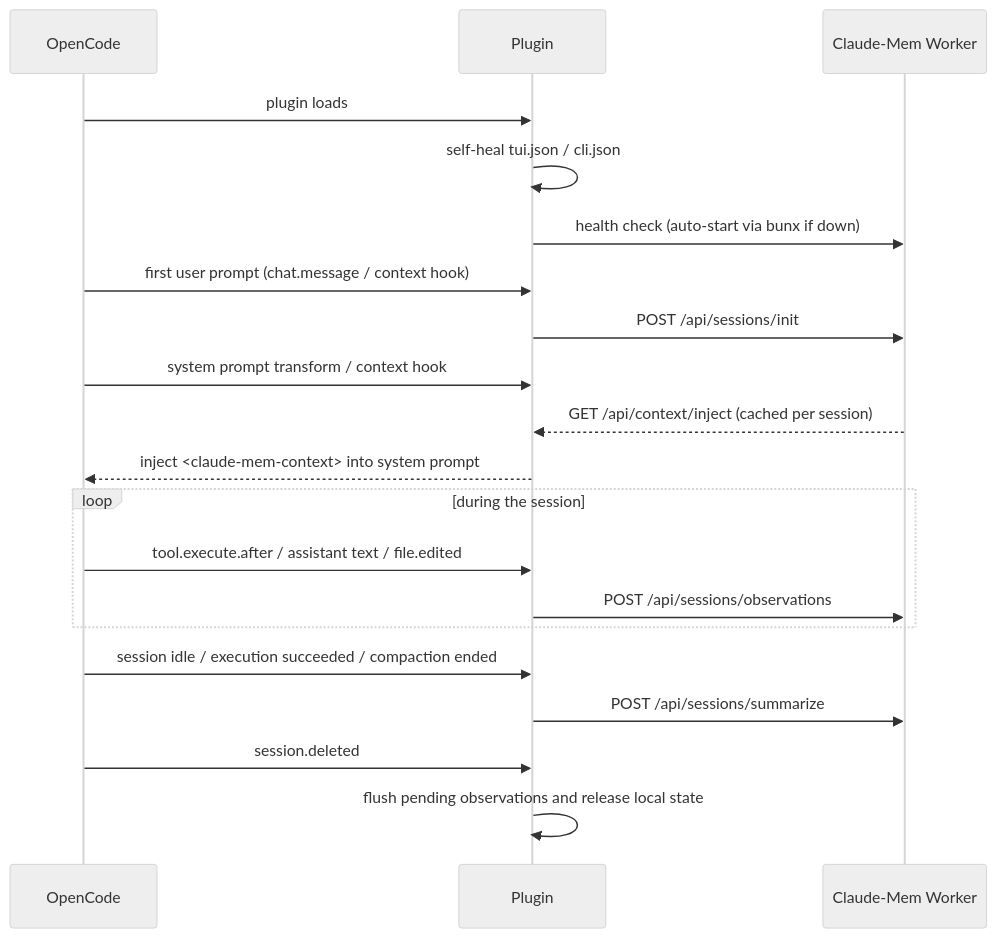
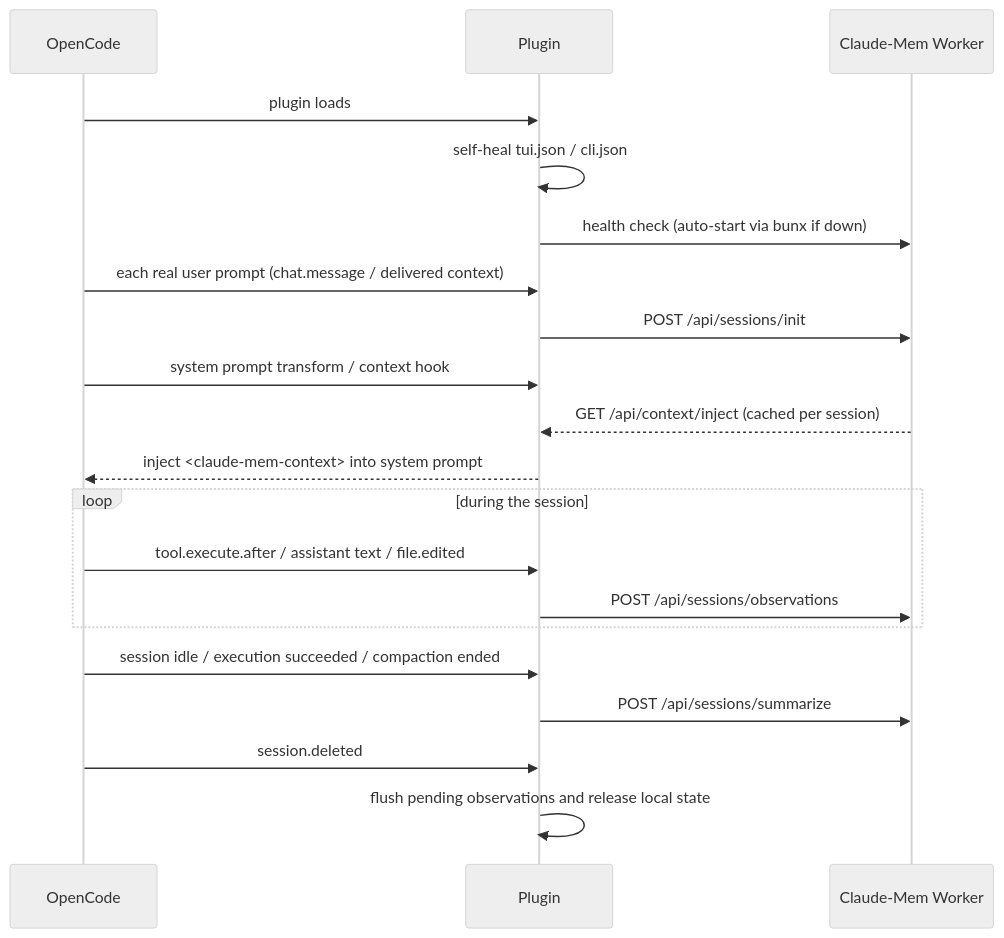
One commit to Ephemushroom/opencode-claude-mem changed the third of 3 diagrams in README.md. Above: the diagram before and after it, drawn with Mermaid (neutral theme). The commit also changed other lines of this file, not shown here.

````diff
--- a/README.md
+++ b/README.md
@@ -173,23 +291,23 @@
 ```mermaid
 sequenceDiagram
     participant OC as OpenCode
     participant P as Plugin
     participant W as Claude-Mem Worker
 
     OC->>P: plugin loads
     P->>P: self-heal tui.json / cli.json
     P->>W: health check (auto-start via bunx if down)
-    OC->>P: first user prompt (chat.message / context hook)
+    OC->>P: each real user prompt (chat.message / delivered context)
     P->>W: POST /api/sessions/init
     OC->>P: system prompt transform / context hook
     W-->>P: GET /api/context/inject (cached per session)
     P-->>OC: inject <claude-mem-context> into system prompt
     loop during the session
         OC->>P: tool.execute.after / assistant text / file.edited
         P->>W: POST /api/sessions/observations
     end
     OC->>P: session idle / execution succeeded / compaction ended
     P->>W: POST /api/sessions/summarize
     OC->>P: session.deleted
     P->>P: flush pending observations and release local state
 ```
````
